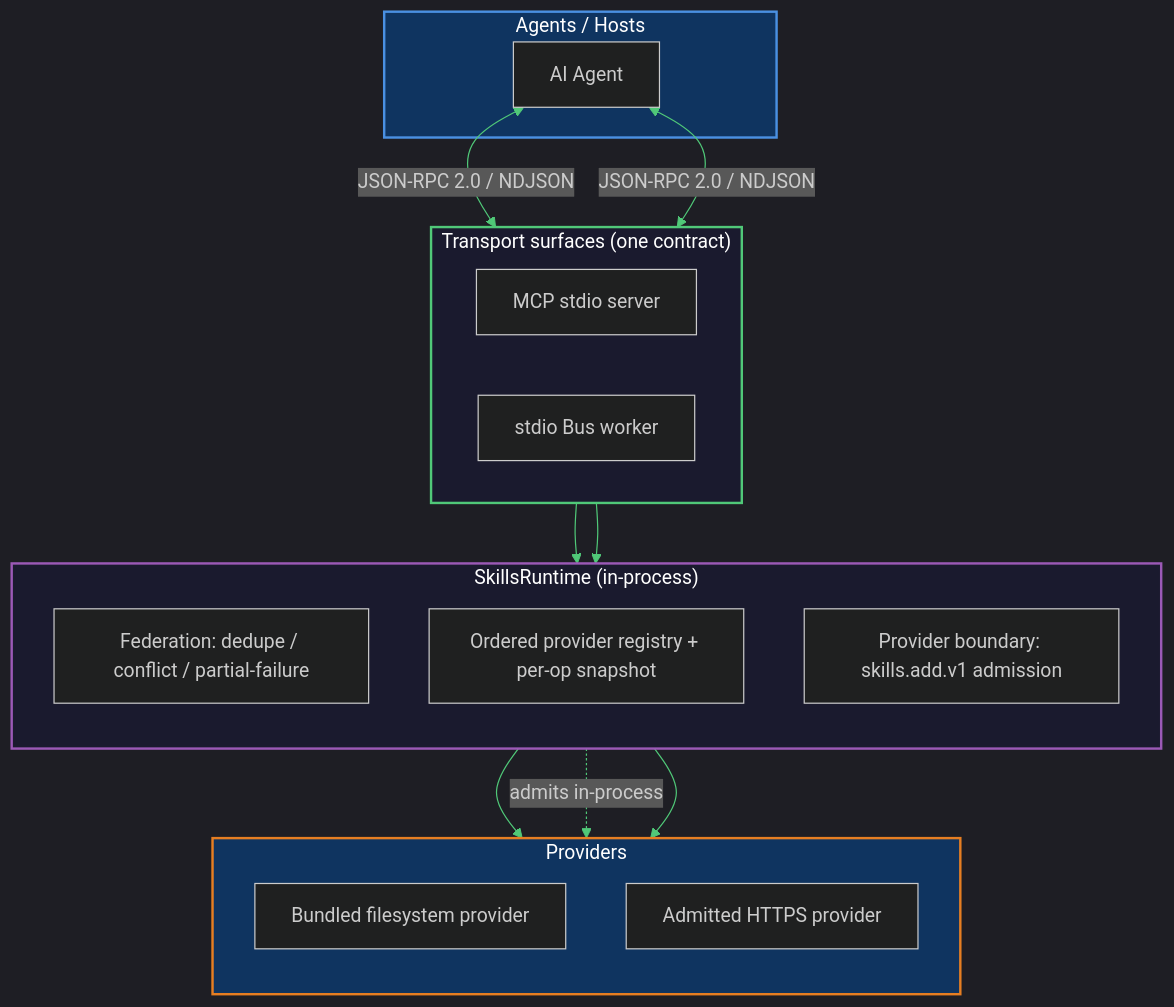
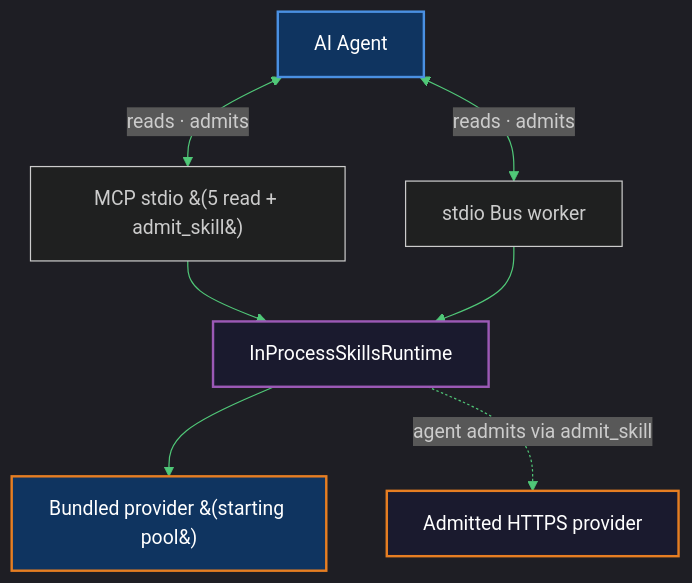
Before and after one commit to stdiobus/skills: the diagram in README.md, drawn with Mermaid. The commit also changed other lines of this file and 20 other files, not shown here.

````diff
--- a/README.md
+++ b/README.md
@@ -82,39 +138,14 @@
 ```mermaid
 %%{init: {'theme':'dark', 'themeVariables':{'primaryColor':'#1a1a2e','primaryTextColor':'#fff','primaryBorderColor':'#4a90e2','lineColor':'#50c878','secondaryColor':'#16213e','tertiaryColor':'#0f3460'}}}%%
 flowchart TB
-  subgraph CLIENTS["Agents / Hosts"]
-    AG[AI Agent]
-  end
-
-  subgraph TRANSPORTS["Transport surfaces (one contract)"]
-    direction LR
-    MCP[MCP stdio server]
-    BUS[stdio Bus worker]
-  end
-
-  subgraph RUNTIME["SkillsRuntime (in-process)"]
-    direction TB
-    FED[Federation: dedupe / conflict / partial-failure]
-    REG[Ordered provider registry + per-op snapshot]
-    ADM[Provider boundary: skills.add.v1 admission]
-  end
-
-  subgraph PROVIDERS["Providers"]
-    direction TB
-    BUNDLED[Bundled filesystem provider]
-    ADMITTED[Admitted HTTPS provider]
-  end
-
-  AG <-->|JSON-RPC 2.0 / NDJSON| MCP
-  AG <-->|JSON-RPC 2.0 / NDJSON| BUS
-  MCP --> RUNTIME
-  BUS --> RUNTIME
-  REG --> BUNDLED
-  ADM -.admits in-process.-> ADMITTED
-  REG --> ADMITTED
-
-  style CLIENTS fill:#0f3460,stroke:#4a90e2,stroke-width:2px,color:#fff
-  style TRANSPORTS fill:#1a1a2e,stroke:#50c878,stroke-width:2px,color:#fff
-  style RUNTIME fill:#1a1a2e,stroke:#9b59b6,stroke-width:2px,color:#fff
-  style PROVIDERS fill:#0f3460,stroke:#e67e22,stroke-width:2px,color:#fff
+  AG[AI Agent] <-->|reads · admits| MCP[MCP stdio &#40;5 read + admit_skill&#41;]
+  AG <-->|reads · admits| BUS[stdio Bus worker]
+  MCP --> RT[InProcessSkillsRuntime]
+  BUS --> RT
+  RT --> BUNDLED[Bundled provider &#40;starting pool&#41;]
+  RT -.agent admits via admit_skill.-> ADMITTED[Admitted HTTPS provider]
+  style AG fill:#0f3460,stroke:#4a90e2,stroke-width:2px,color:#fff
+  style RT fill:#1a1a2e,stroke:#9b59b6,stroke-width:2px,color:#fff
+  style BUNDLED fill:#0f3460,stroke:#e67e22,stroke-width:2px,color:#fff
+  style ADMITTED fill:#1a1a2e,stroke:#e67e22,stroke-width:2px,color:#fff
 ```
````
